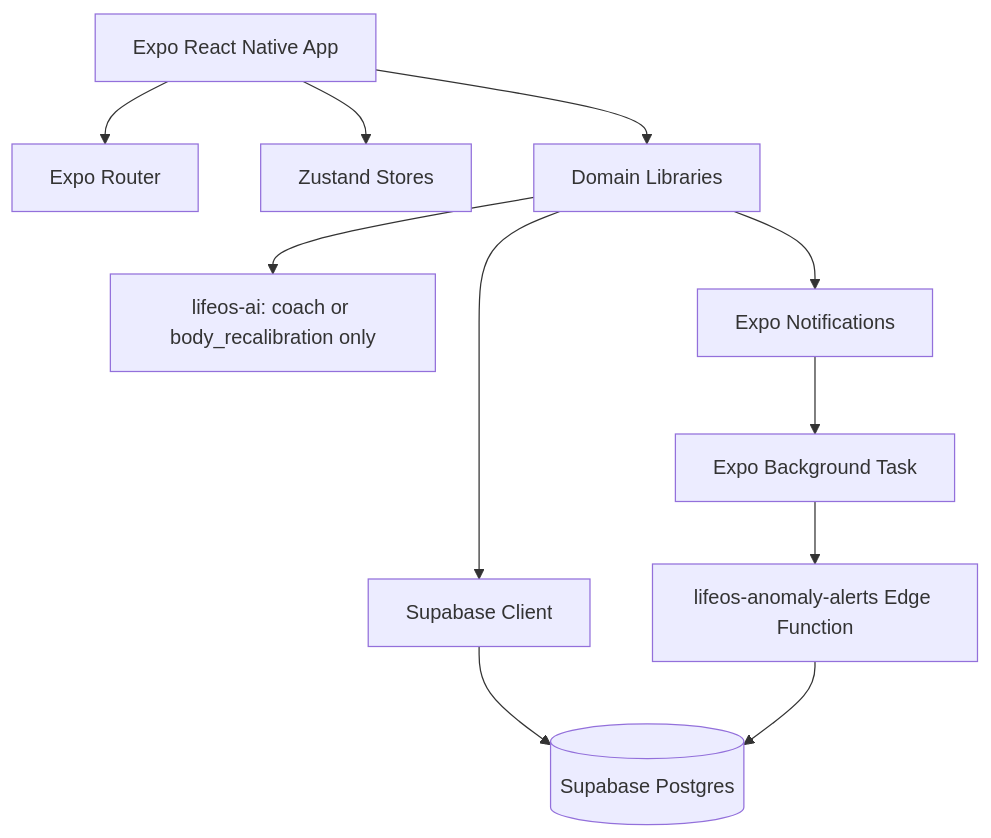
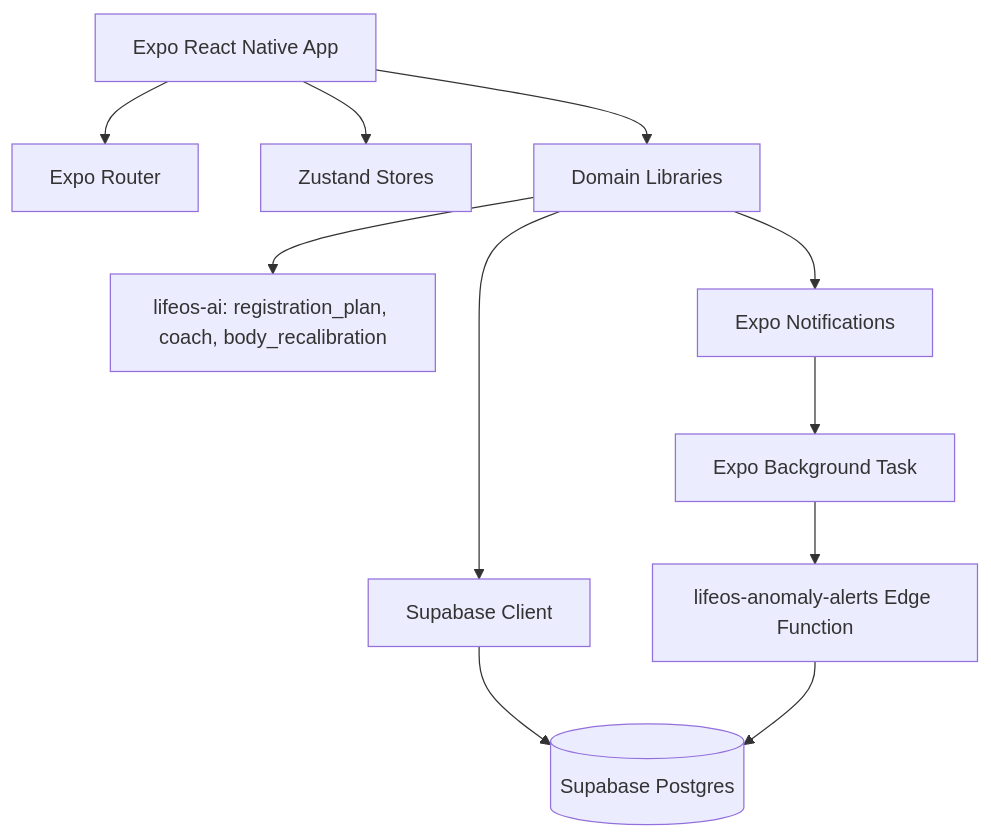
Before and after one commit to Ramagiri-Ranesh/LifeOsMobileApp: the first of 7 diagrams in docs/architecture.md, drawn with Mermaid. The commit also changed other lines of this file and 12 other files, not shown here.

````diff
--- a/docs/architecture.md
+++ b/docs/architecture.md
@@ -62,13 +63,13 @@
 ```mermaid
 flowchart TD
   App[Expo React Native App] --> Router[Expo Router]
   App --> Stores[Zustand Stores]
   App --> Lib[Domain Libraries]
   Lib --> SupabaseClient[Supabase Client]
   SupabaseClient --> DB[(Supabase Postgres)]
-  Lib --> AI[lifeos-ai: coach or body_recalibration only]
+  Lib --> AI[lifeos-ai: registration_plan, coach, body_recalibration]
   Lib --> Notifications[Expo Notifications]
   Notifications --> Background[Expo Background Task]
   Background --> EdgeFn[lifeos-anomaly-alerts Edge Function]
   EdgeFn --> DB
 ```
````
